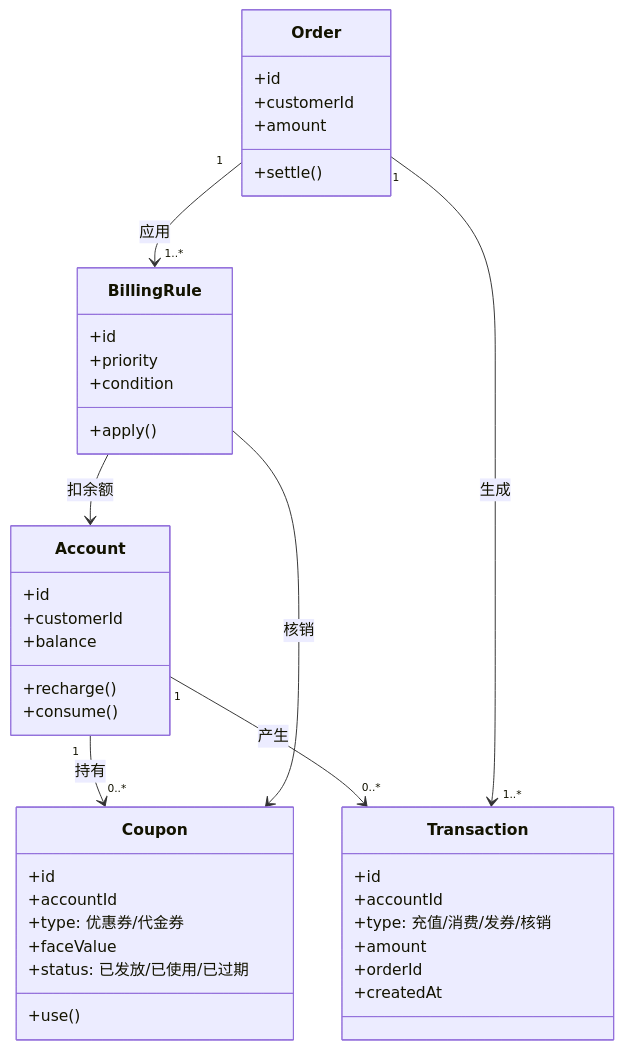
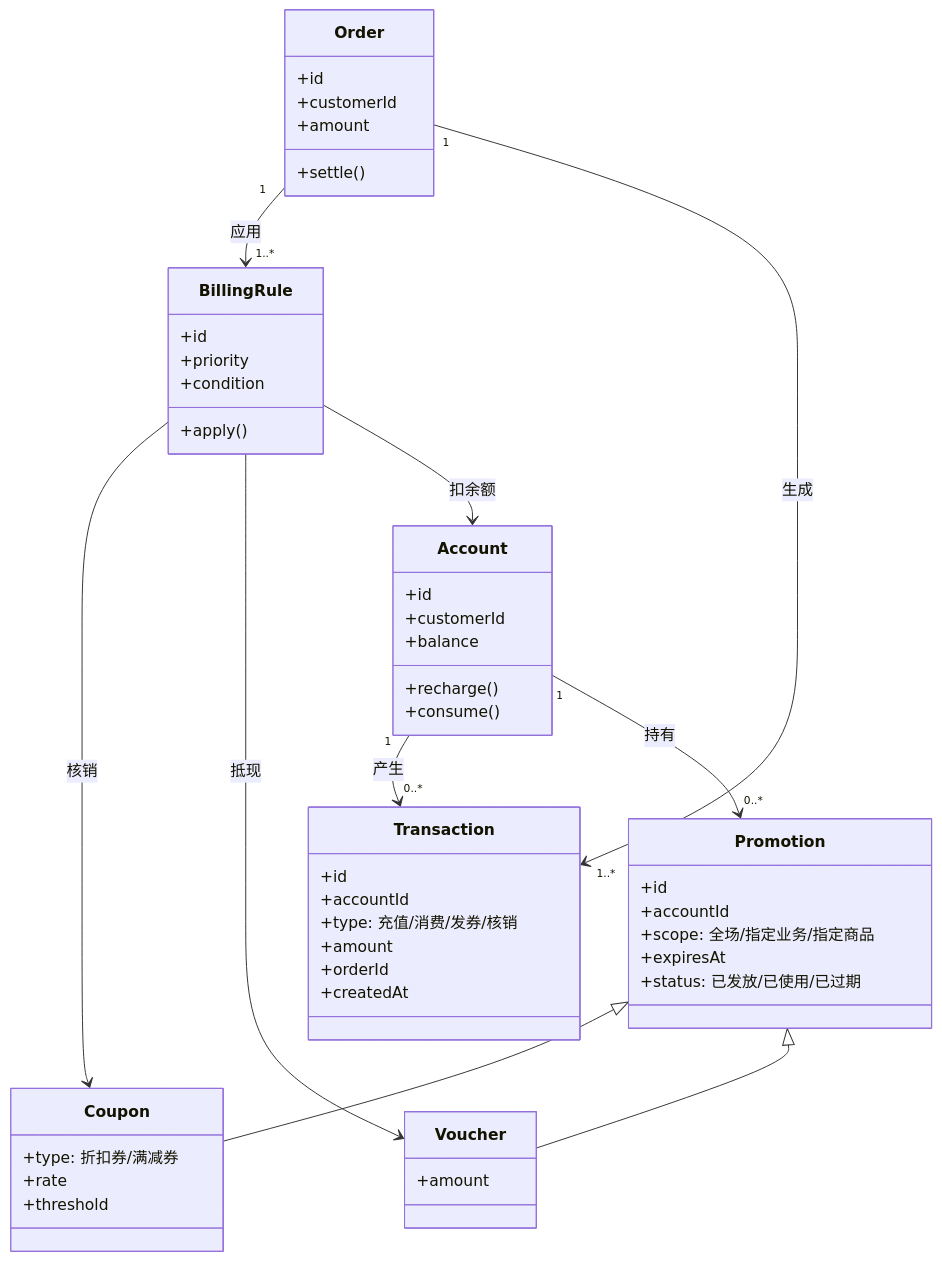
Before and after one commit to quanttide/quanttide-insight-of-payment-engineering: the first of 2 diagrams in model.md, drawn with Mermaid. The commit also changed other lines of this file, not shown here.

````diff
--- a/model.md
+++ b/model.md
@@ -41,45 +58,55 @@
 ```mermaid
 classDiagram
     class Account {
         +id
         +customerId
         +balance
         +recharge()
         +consume()
     }
     class Transaction {
         +id
         +accountId
         +type: 充值/消费/发券/核销
         +amount
         +orderId
         +createdAt
     }
-    class Coupon {
+    class Promotion {
         +id
         +accountId
-        +type: 优惠券/代金券
-        +faceValue
+        +scope: 全场/指定业务/指定商品
+        +expiresAt
         +status: 已发放/已使用/已过期
-        +use()
+    }
+    class Coupon {
+        +type: 折扣券/满减券
+        +rate
+        +threshold
+    }
+    class Voucher {
+        +amount
     }
     class BillingRule {
         +id
         +priority
         +condition
         +apply()
     }
     class Order {
         +id
         +customerId
         +amount
         +settle()
     }
 
+    Promotion <|-- Coupon
+    Promotion <|-- Voucher
     Account "1" --> "0..*" Transaction : 产生
-    Account "1" --> "0..*" Coupon : 持有
+    Account "1" --> "0..*" Promotion : 持有
     Order "1" --> "1..*" BillingRule : 应用
     BillingRule --> Coupon : 核销
+    BillingRule --> Voucher : 抵现
     BillingRule --> Account : 扣余额
     Order "1" --> "1..*" Transaction : 生成
 ```
````
